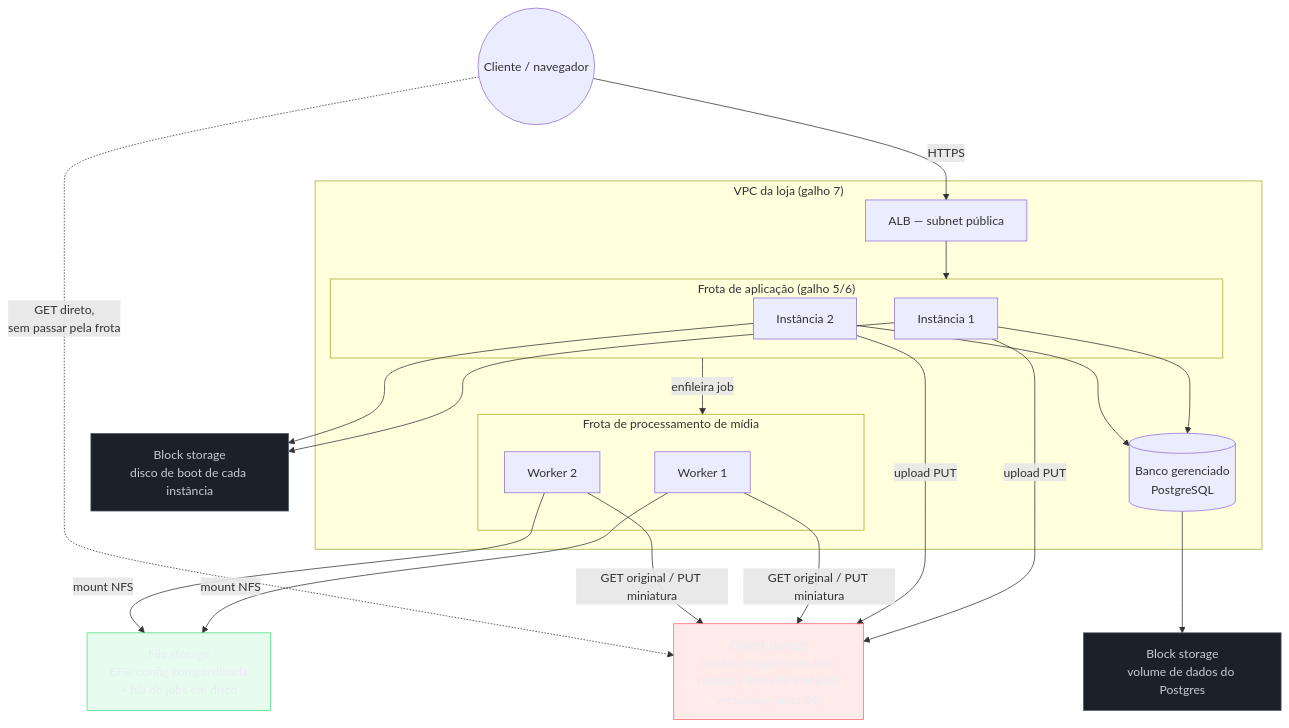
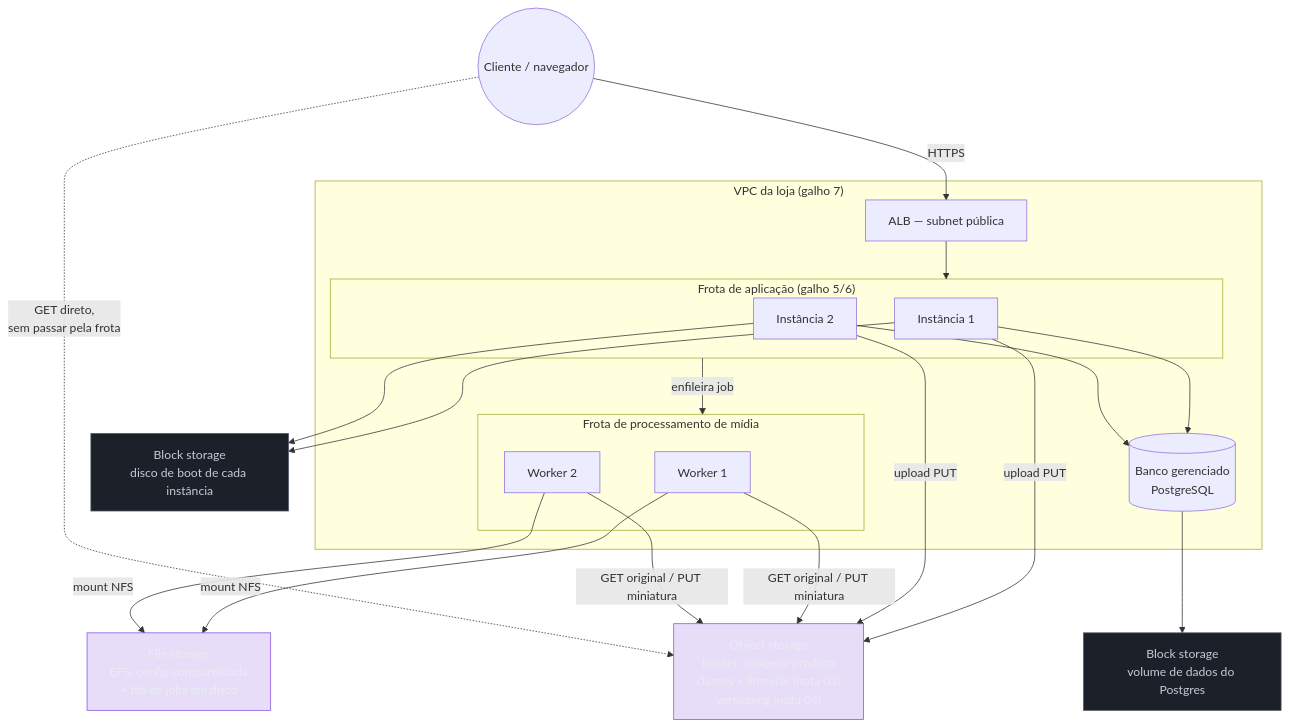
The third of 3 diagrams in 03-Dominios/Tecnologia/Cloud/08 - Armazenamento (object, block e file)/06 - File storage e a escolha do armazenamento.md (josenaldo/codex-technomanticus), drawn with Mermaid before and after one commit. The commit also changed other lines of this file and 601 other files, not shown here.

````diff
--- a/03-Dominios/Tecnologia/Cloud/08 - Armazenamento (object, block e file)/06 - File storage e a escolha do armazenamento.md
+++ b/03-Dominios/Tecnologia/Cloud/08 - Armazenamento (object, block e file)/06 - File storage e a escolha do armazenamento.md
@@ -312,39 +311,38 @@
 ```mermaid
 flowchart TB
-    classDef falha fill:#FF6B6B24,stroke:#FF6B6B,color:#E9ECF2
-    classDef ok fill:#4ADE8021,stroke:#4ADE80,color:#E9ECF2
+    classDef marca fill:#8855DF33,stroke:#8855DF,color:#E9ECF2
     classDef neutro fill:#1B2029,stroke:#4E5666,color:#C6CCD8
     User(("Cliente / navegador"))
 
     subgraph VPC["VPC da loja (galho 7)"]
         ALB["ALB — subnet pública"]
         subgraph AppTier["Frota de aplicação (galho 5/6)"]
             App1["Instância 1"]
             App2["Instância 2"]
         end
         subgraph Pipeline["Frota de processamento de mídia"]
             Pipe1["Worker 1"]
             Pipe2["Worker 2"]
         end
         DB[("Banco gerenciado<br/>PostgreSQL")]
     end
 
     EBSBoot["Block storage<br/>disco de boot de cada instância"]
     EBSDados["Block storage<br/>volume de dados do Postgres"]
     S3Bucket["Object storage<br/>bucket: imagens-produto<br/>classes + lifecycle (nota 03)<br/>versioning (nota 04)"]
     EFSConfig["File storage<br/>EFS: config compartilhada<br/>+ fila de jobs em disco"]
 
     User -->|"HTTPS"| ALB --> AppTier
     App1 & App2 --> EBSBoot
     App1 & App2 -->|"upload PUT"| S3Bucket
     App1 & App2 --> DB --> EBSDados
     AppTier -->|"enfileira job"| Pipeline
     Pipe1 & Pipe2 -->|"mount NFS"| EFSConfig
     Pipe1 & Pipe2 -->|"GET original / PUT miniatura"| S3Bucket
     User -.->|"GET direto,<br/>sem passar pela frota"| S3Bucket
 
-    class S3Bucket falha
-    class EFSConfig ok
+    class S3Bucket marca
+    class EFSConfig marca
     class EBSBoot neutro
     class EBSDados neutro
 ```
````
